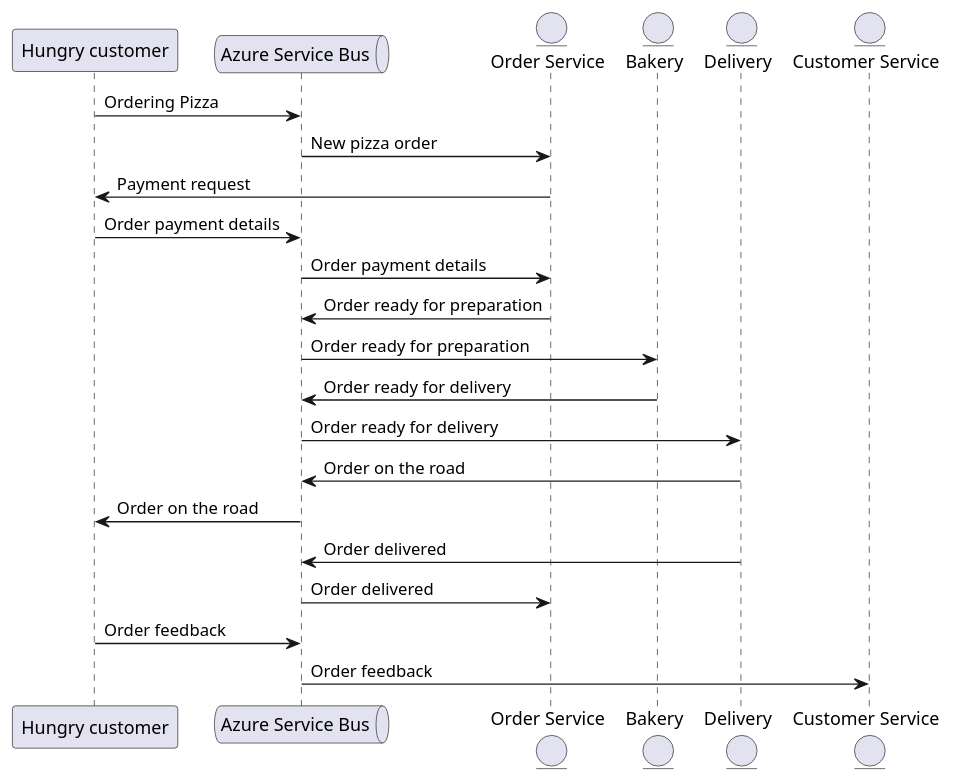
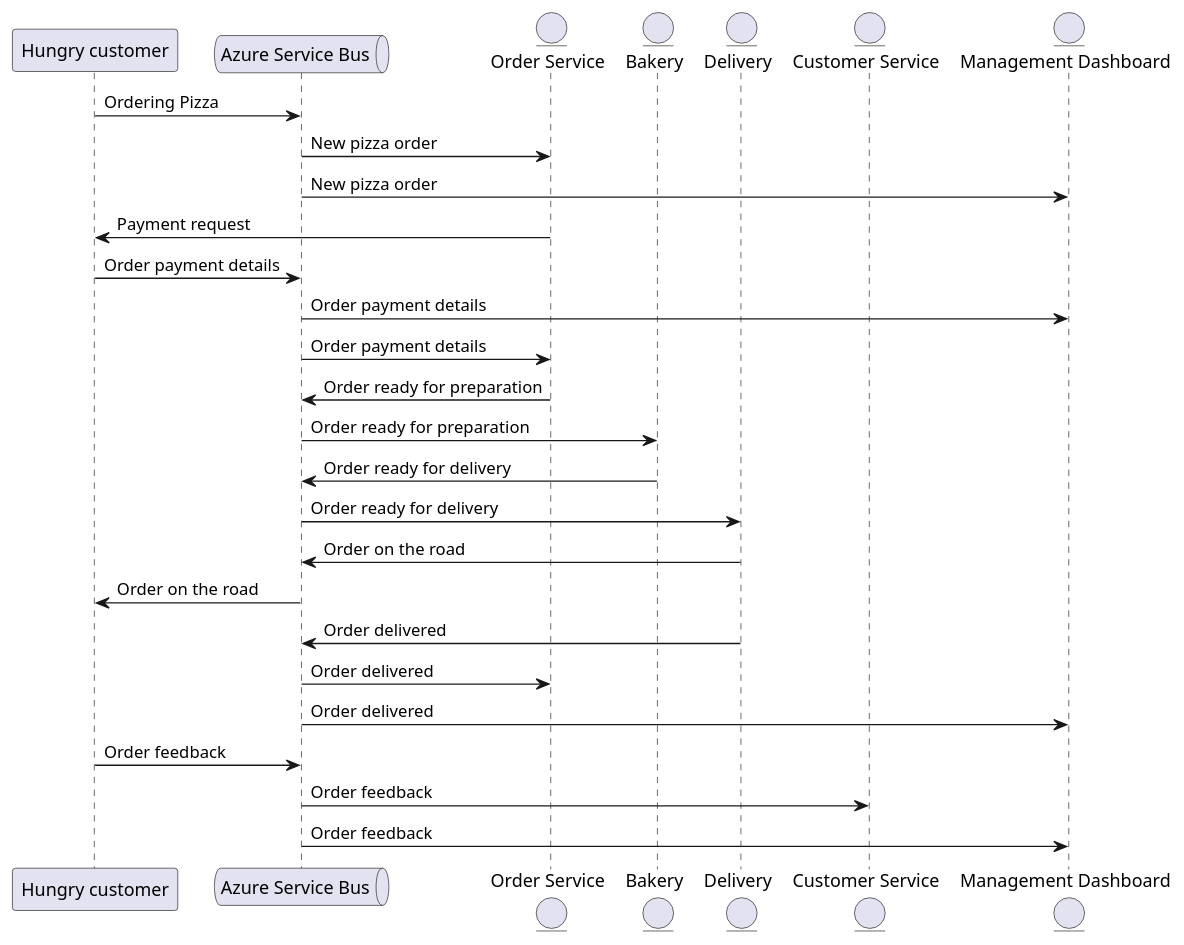
Before and after one commit to jacobduijzer/SliceRushPizza: the diagram in README.org, drawn with PlantUML. The commit also changed 10 other files, not shown here.

```diff
--- a/README.org
+++ b/README.org
@@ -9,27 +9,32 @@
 #+BEGIN_SRC plantuml :file docs/assets/information-flow.png
 @startuml
 	participant "Hungry customer" as customer
 	queue "Azure Service Bus" as queue
   entity "Order Service" as orderService
 	entity "Bakery" as bakery
   entity "Delivery" as delivery
   entity "Customer Service" as customerService
+  entity "Management Dashboard" as managementDashboard
 
 	customer -> queue : Ordering Pizza
   orderService <- queue : New pizza order
+  managementDashboard <- queue : New pizza order
   orderService -> customer : Payment request
   customer -> queue : Order payment details
+  managementDashboard <- queue : Order payment details
   orderService <- queue : Order payment details
   orderService -> queue : Order ready for preparation
   bakery <- queue : Order ready for preparation
   bakery -> queue : Order ready for delivery
   delivery <- queue : Order ready for delivery
   delivery -> queue : Order on the road
   customer <- queue : Order on the road
   delivery -> queue : Order delivered
   orderService <- queue : Order delivered
+  managementDashboard <- queue : Order delivered
   customer -> queue : Order feedback
   customerService <- queue : Order feedback
+  managementDashboard <- queue : Order feedback
 	
 @enduml
 #+END_SRC
```
